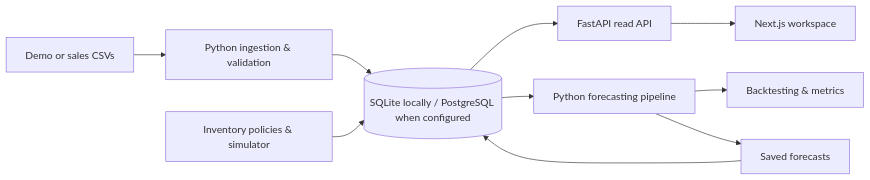
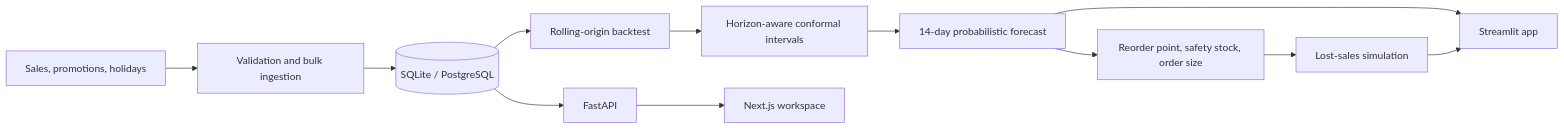
One commit to varunNeon/DemandIQ changed the diagram in README.md. Above: the diagram before and after it, drawn with Mermaid. The commit also changed other lines of this file and 58 other files, not shown here.

````diff
--- a/README.md
+++ b/README.md
@@ -47,12 +47,13 @@
 ```mermaid
 flowchart LR
-    CSV[Demo or sales CSVs] --> INGEST[Python ingestion & validation]
-    INGEST --> DB[(SQLite locally / PostgreSQL when configured)]
-    DB --> API[FastAPI read API]
-    API --> WEB[Next.js workspace]
-    DB --> PIPE[Python forecasting pipeline]
-    PIPE --> EVAL[Backtesting & metrics]
-    PIPE --> SAVE[Saved forecasts]
-    SAVE --> DB
-    INV[Inventory policies & simulator] --> DB
+    CSV[Sales, promotions, holidays] --> VAL[Validation and bulk ingestion]
+    VAL --> DB[(SQLite / PostgreSQL)]
+    DB --> BT[Rolling-origin backtest]
+    BT --> CAL[Horizon-aware conformal intervals]
+    CAL --> FC[14-day probabilistic forecast]
+    FC --> INV[Reorder point, safety stock, order size]
+    INV --> SIM[Lost-sales simulation]
+    DB --> API[FastAPI] --> WEB[Next.js workspace]
+    FC --> APP[Streamlit app]
+    SIM --> APP
 ```
````
